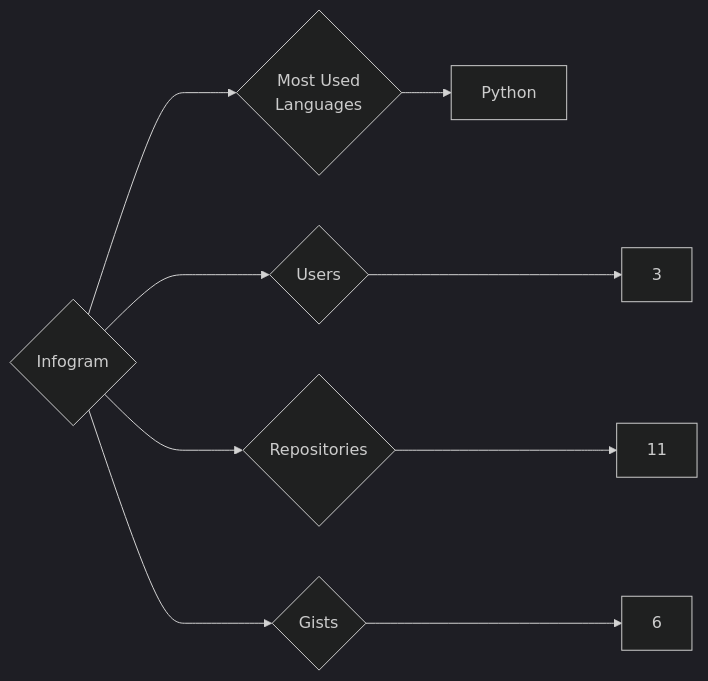
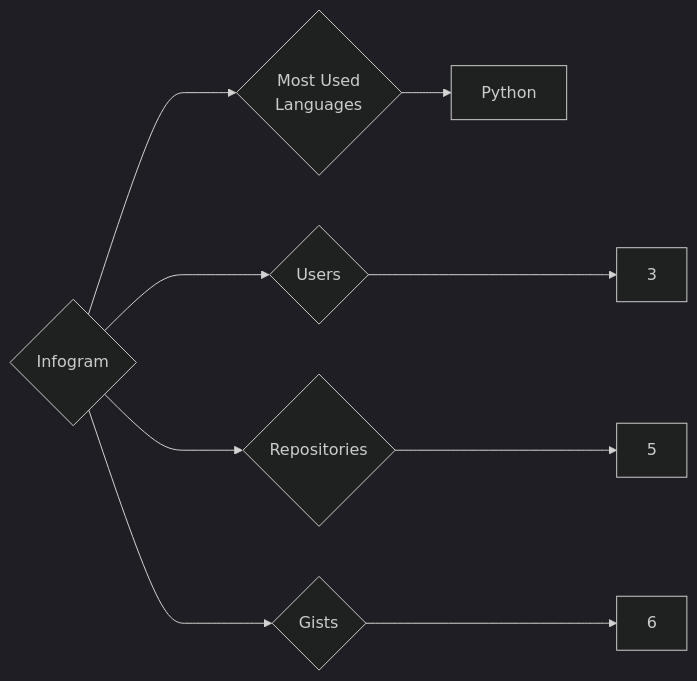
One commit to trickest/insiders changed the diagram in targets/Infogram/README.md. Above: the diagram before and after it, drawn with Mermaid (dark theme). The commit also changed 985 other files, not shown here.

````diff
--- a/targets/Infogram/README.md
+++ b/targets/Infogram/README.md
@@ -3,9 +3,9 @@
 ```mermaid
 graph LR
 COMPANY_NAME{Infogram}
 COMPANY_NAME ---> U{Users} ---> UN[3]
-COMPANY_NAME ---> R{Repositories} ---> RN[11]
+COMPANY_NAME ---> R{Repositories} ---> RN[5]
 COMPANY_NAME ---> G{Gists} ---> GN[6]
 COMPANY_NAME ---> ML{Most Used<br>Languages}
 ML --> Python[Python]
 ```
````
